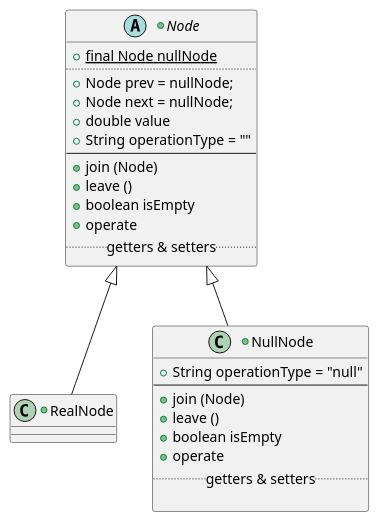
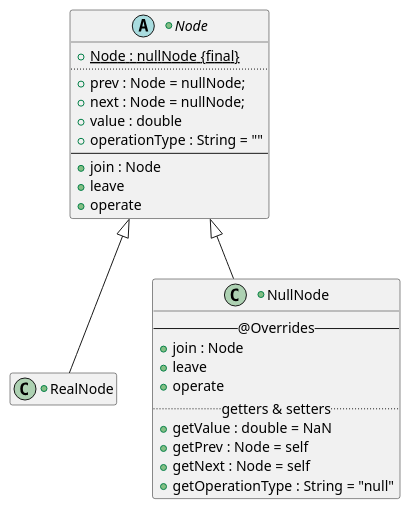
One commit to vitalispopoff/designPatterns changed the diagram in src/strategies/nullObject/implementation_01/uml/nullObject_implementation_01.puml. Above: the diagram before and after it, drawn with PlantUML. The commit also changed 5 other files, not shown here.

```diff
--- a/src/strategies/nullObject/implementation_01/uml/nullObject_implementation_01.puml
+++ b/src/strategies/nullObject/implementation_01/uml/nullObject_implementation_01.puml
@@ -1,32 +1,35 @@
 @startuml
 
 +abstract class Node{
-        +{field}{static} final Node nullNode
+        +{field}{static} Node : nullNode {final}
     ..
-        +{field} Node prev = nullNode;
-        +{field} Node next = nullNode;
-        +{field} double value
-        +{field} String operationType = ""
+        +{field} prev : Node = nullNode;
+        +{field} next : Node = nullNode;
+        +{field} value : double
+        +{field} operationType : String = ""
     --
-        +{method} join (Node)
-        +{method} leave ()
-        +{method} boolean isEmpty
+        +{method} join : Node
+        +{method} leave
+'        +{method} isEmpty : boolean
         +{method} operate
-    ..getters & setters..
+'    ..getters & setters..
 }
 
 +class RealNode extends Node{
 }
+    hide RealNode member
 
 +class NullNode extends Node{
-        +{field} String operationType = "null"
-    --
-        +{method} join (Node)
-        +{method} leave ()
-        +{method} boolean isEmpty
+    -- @Overrides--
+        +{method} join : Node
+        +{method} leave
         +{method} operate
     ..getters & setters..
-
+'        +{method} isEmpty : boolean = true
+        +{method} getValue : double = NaN
+        +{method} getPrev : Node = self
+        +{method} getNext : Node = self
+        +{method} getOperationType : String = "null"
 }
 
 @enduml
```
